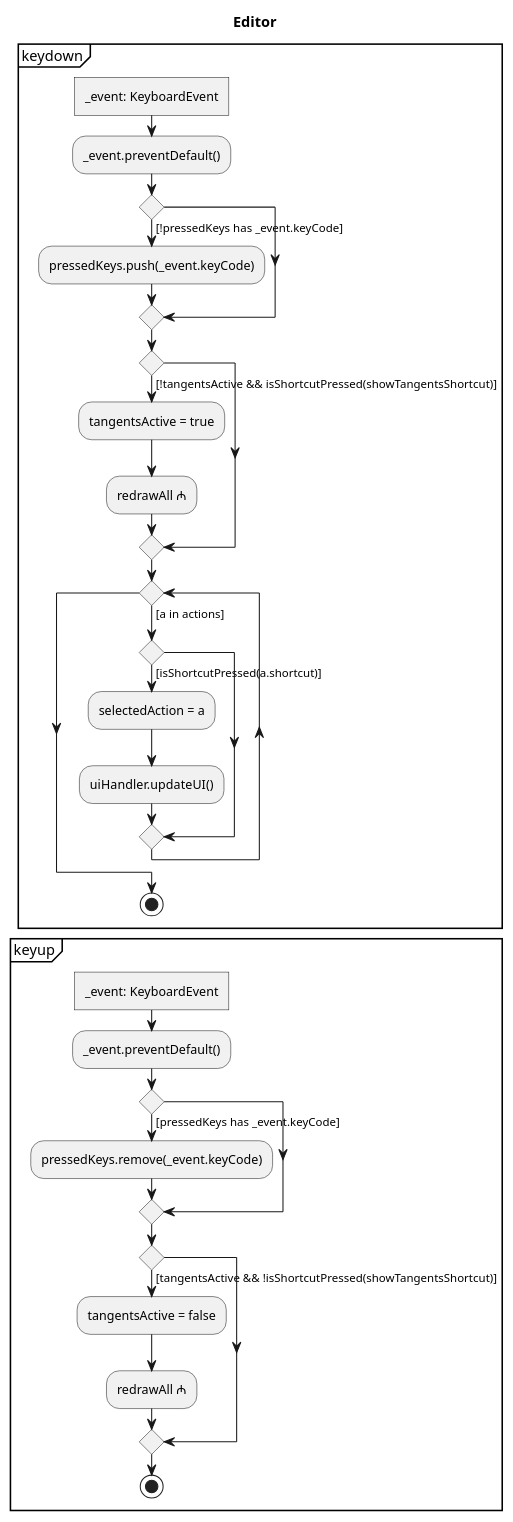
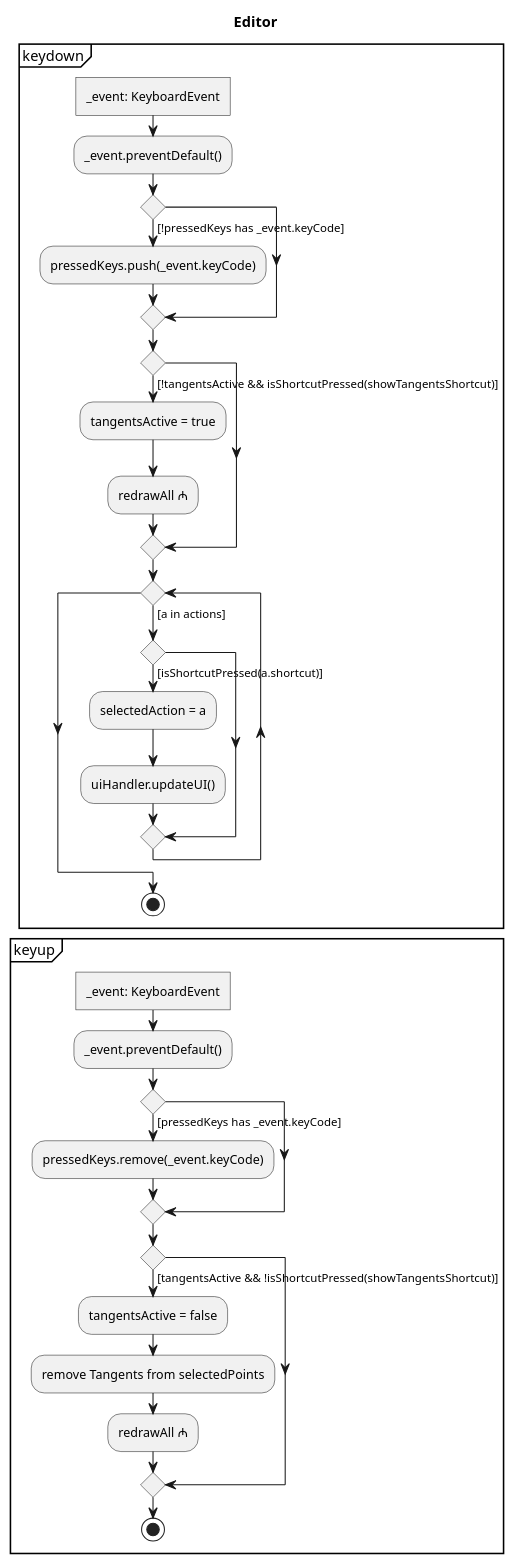
One commit to JirkaDellOro/FUDGE changed the diagram in Experiments/Lukas/VectorEditor/concept/Activities/Editor/keyManagement.puml. Above: the diagram before and after it, drawn with PlantUML. The commit also changed 8 other files, not shown here.

Commit message:
more activity diagrams

```diff
--- a/Experiments/Lukas/VectorEditor/concept/Activities/Editor/keyManagement.puml
+++ b/Experiments/Lukas/VectorEditor/concept/Activities/Editor/keyManagement.puml
@@ -1,40 +1,41 @@
 @startuml key Management
 skinparam monochrome true
 title Editor
 
 partition keydown {
 	:_event: KeyboardEvent]
 	:_event.preventDefault();
 	if() then ([!pressedKeys has _event.keyCode])
 		:pressedKeys.push(_event.keyCode);
 	endif
 
 	if() then ([!tangentsActive && isShortcutPressed(showTangentsShortcut)])
 		:tangentsActive = true;
 		:redrawAll ₼;
 	endif
 
 	while () is ([a in actions])
 		if() then ([isShortcutPressed(a.shortcut)])
 			:selectedAction = a;
 			:uiHandler.updateUI();
 		endif
 	endwhile
 	stop 
 }
 break
 
 partition keyup {
 	:_event: KeyboardEvent]
 	:_event.preventDefault();
 	if() then ([pressedKeys has _event.keyCode])
 		:pressedKeys.remove(_event.keyCode);
 	endif
 	if() then ([tangentsActive && !isShortcutPressed(showTangentsShortcut)])
 		:tangentsActive = false;
+		:remove Tangents from selectedPoints;
 		:redrawAll ₼;
 	endif
 	stop
 }
 
 @enduml
```
